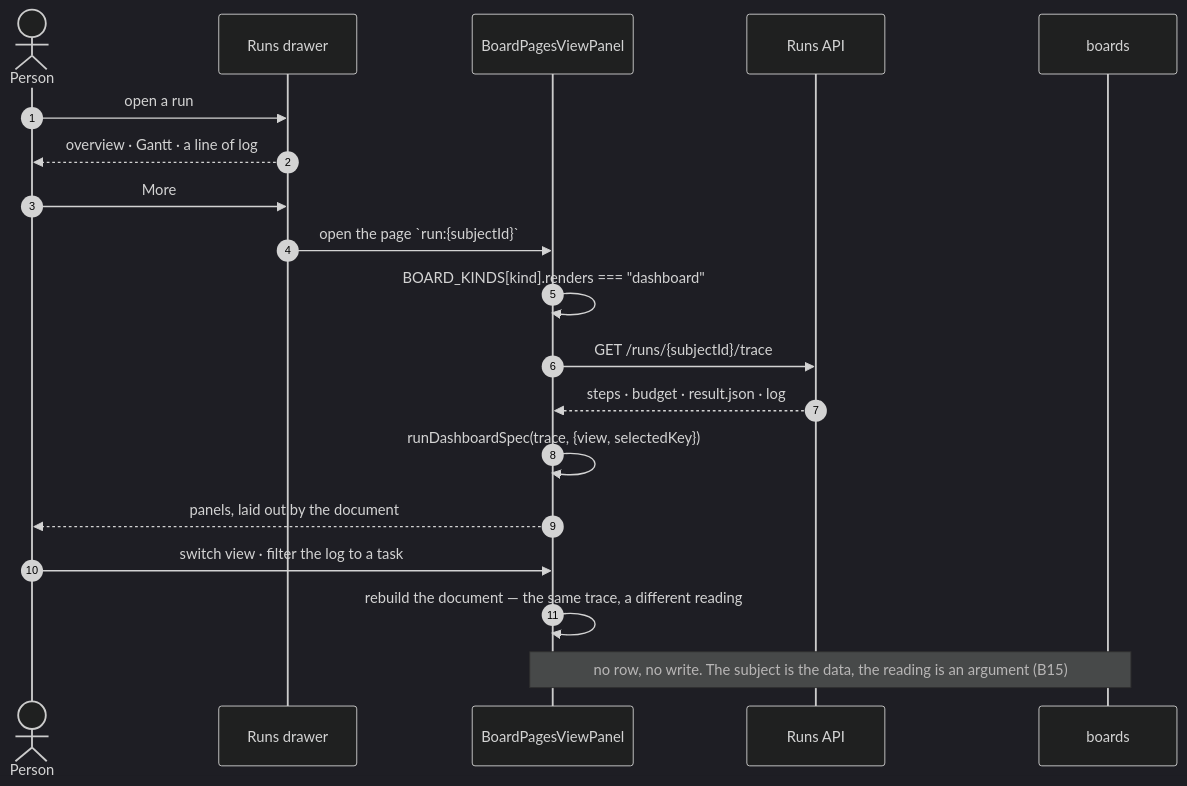
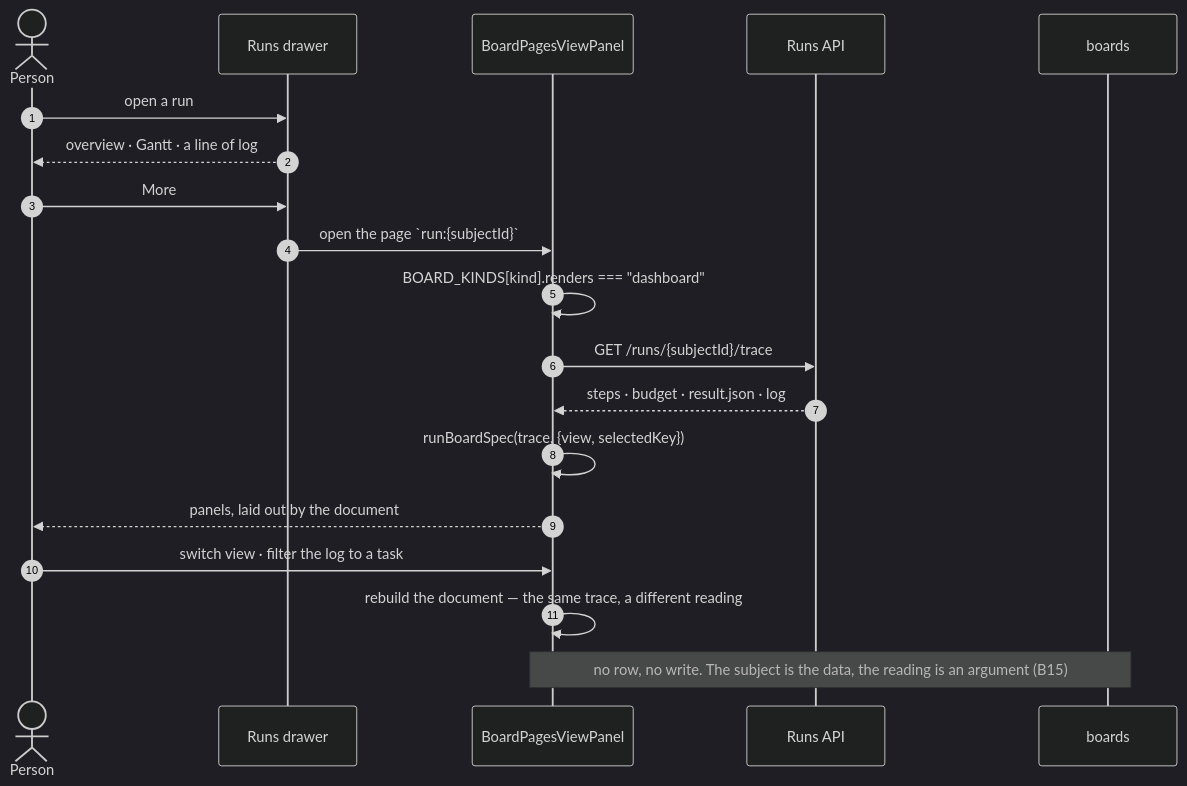
One commit to invana/invana changed the fifth of 8 diagrams in docs/for-developers/building-engine/boards-migration.md. Above: the diagram before and after it, drawn with Mermaid (dark theme). The commit also changed other lines of this file and 340 other files, not shown here.

````diff
--- a/docs/for-developers/building-engine/boards-migration.md
+++ b/docs/for-developers/building-engine/boards-migration.md
@@ -446,22 +446,22 @@
 ```mermaid
 sequenceDiagram
     autonumber
     actor U as Person
     participant DR as Runs drawer
     participant PG as BoardPagesViewPanel
     participant RT as Runs API
     participant DB as boards
 
     U->>DR: open a run
     DR-->>U: overview · Gantt · a line of log
     U->>DR: More
     DR->>PG: open the page `run:{subjectId}`
     PG->>PG: BOARD_KINDS[kind].renders === "dashboard"
     PG->>RT: GET /runs/{subjectId}/trace
     RT-->>PG: steps · budget · result.json · log
-    PG->>PG: runDashboardSpec(trace, {view, selectedKey})
+    PG->>PG: runBoardSpec(trace, {view, selectedKey})
     PG-->>U: panels, laid out by the document
     U->>PG: switch view · filter the log to a task
     PG->>PG: rebuild the document — the same trace, a different reading
     Note over PG,DB: no row, no write. The subject is the data, the reading is an argument (B15)
 ```
````
